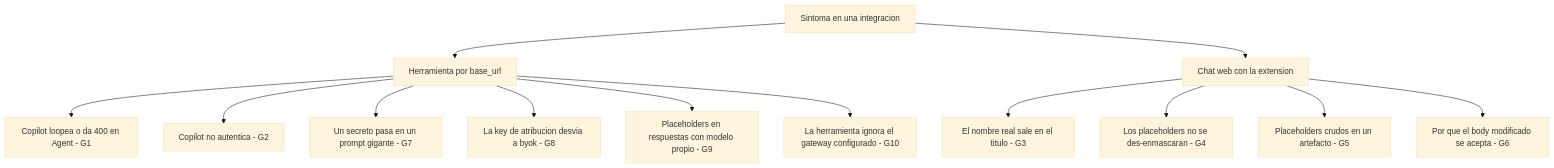
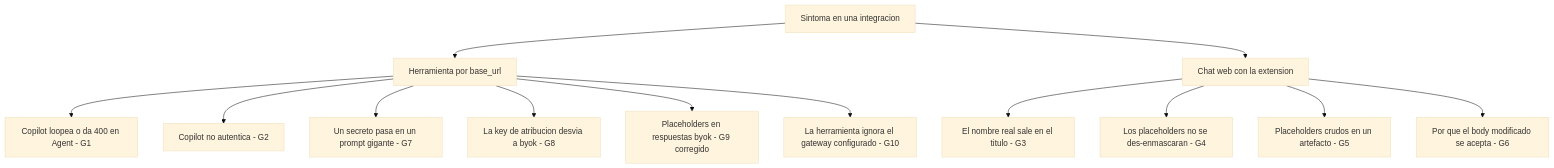
The diagram in docs/docs/integrations/gotchas.md (cluna-8/elea), drawn with Mermaid (base theme) before and after one commit. The commit also changed other lines of this file and 10 other files, not shown here.

````diff
--- a/docs/docs/integrations/gotchas.md
+++ b/docs/docs/integrations/gotchas.md
@@ -21,15 +21,15 @@
 ```mermaid
 flowchart TD
     S[Sintoma en una integracion] --> B[Herramienta por base_url]
     S --> W[Chat web con la extension]
     B --> B1[Copilot loopea o da 400 en Agent - G1]
     B --> B2[Copilot no autentica - G2]
     B --> B3[Un secreto pasa en un prompt gigante - G7]
     B --> B4[La key de atribucion desvia a byok - G8]
-    B --> B5[Placeholders en respuestas con modelo propio - G9]
+    B --> B5[Placeholders en respuestas byok - G9 corregido]
     B --> B6[La herramienta ignora el gateway configurado - G10]
     W --> W1[El nombre real sale en el titulo - G3]
     W --> W2[Los placeholders no se des-enmascaran - G4]
     W --> W3[Placeholders crudos en un artefacto - G5]
     W --> W4[Por que el body modificado se acepta - G6]
 ```
````
